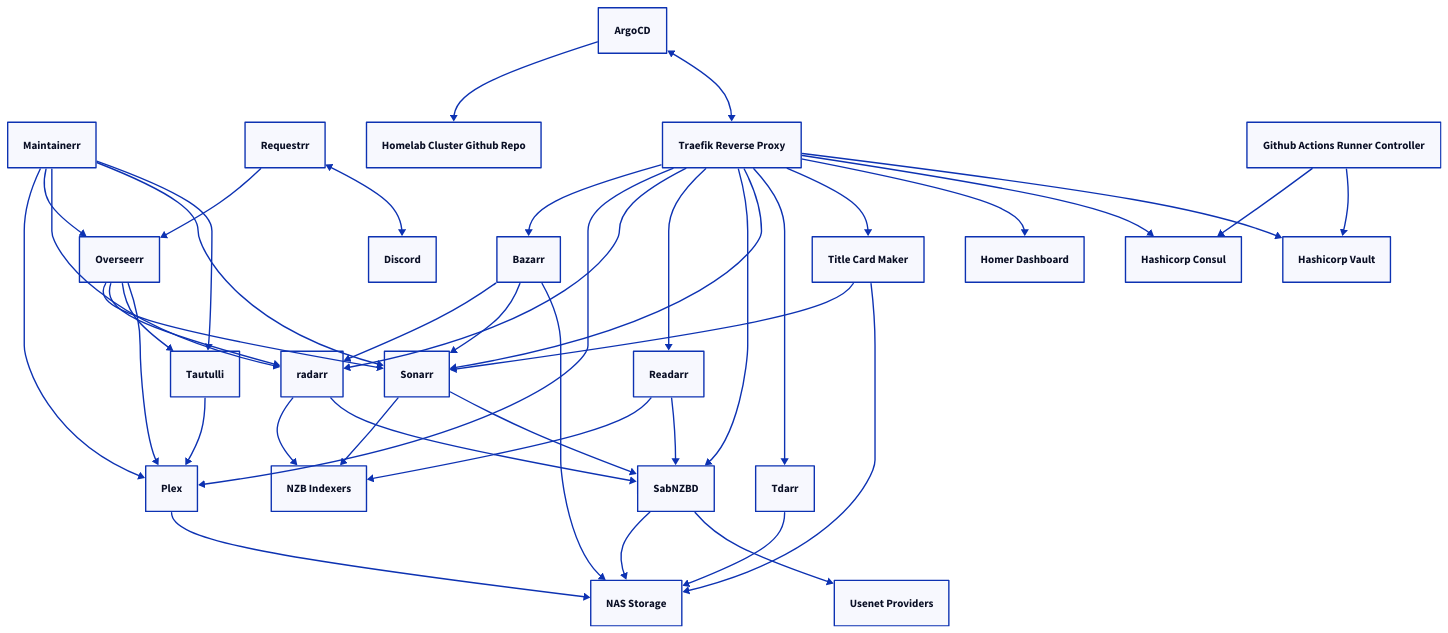
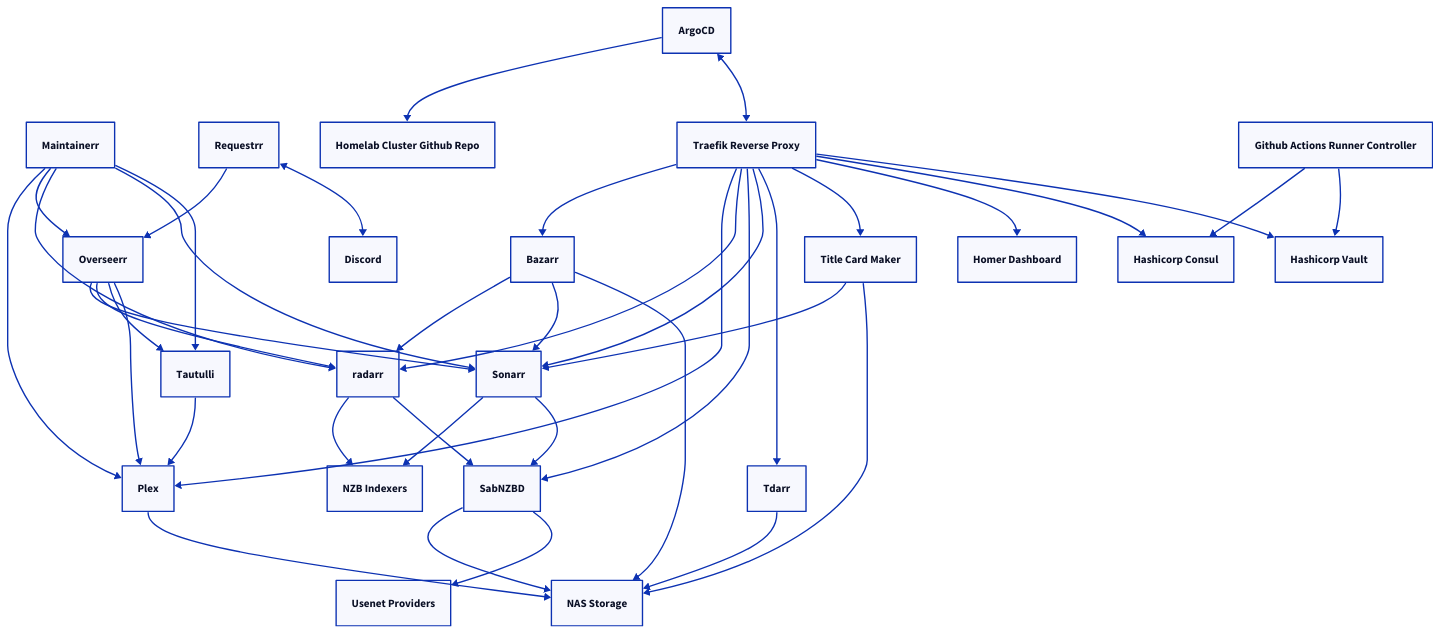
Before and after one commit to sam-bowman/homelab-cluster: the diagram in diagram/applications.d2, drawn with D2. The commit also changed 18 other files, not shown here.

```diff
--- a/diagram/applications.d2
+++ b/diagram/applications.d2
@@ -1,142 +1,136 @@
 tautulli: {
     label: "Tautulli"
 }
 plex: {
     label: "Plex"
 }
 
 tautulli -> plex
 
 nas: {
     label: "NAS Storage"
 }
 
 plex -> nas
 
 sonarr: {
     label: "Sonarr"
 }
 radarr: {
     label: "radarr"
 }
-readarr: {
-    label: "Readarr"
-}
 sabnzbd: {
     label: "SabNZBD"
 }
 usenet_providers: {
     label: "Usenet Providers"
 }
 nzb_indexers: {
     label: "NZB Indexers"
 }
 
 nzb_indexers <- sonarr
 nzb_indexers <- radarr
-nzb_indexers <- readarr
 
 sonarr -> sabnzbd
 radarr -> sabnzbd
-readarr -> sabnzbd
 
 sabnzbd -> nas
 
 usenet_providers <- sabnzbd
 
 overseerr: {
     label: "Overseerr"
 }
 
 overseerr -> sonarr
 overseerr -> radarr
 overseerr -> tautulli
 overseerr -> plex
 
 maintainerr: {
     label: "Maintainerr"
 }
 
 maintainerr -> plex
 maintainerr -> overseerr
 maintainerr -> radarr
 maintainerr -> sonarr
 maintainerr -> tautulli
 
 requestrr: {
     label: "Requestrr"
 }
 discord: {
     label: "Discord"
 }
 
 requestrr -> overseerr
 requestrr <-> discord
 
 bazarr: {
     label: "Bazarr"
 }
 
 bazarr -> radarr
 bazarr -> sonarr
 bazarr -> nas
 
 titlecardmaker: {
     label: "Title Card Maker"
 }
 
 titlecardmaker -> sonarr
 titlecardmaker -> nas
 
 tdarr: {
     label: "Tdarr"
 }
 
 tdarr -> nas
 
 homelab_cluster_github: {
     label: "Homelab Cluster Github Repo"
 }
 argocd: {
     label: "ArgoCD"
 }
 
 homelab_cluster_github <- argocd
 
 traefik: {
     label: "Traefik Reverse Proxy"
 }
 
 argocd <-> traefik
 
 traefik -> bazarr
 traefik -> plex
 traefik -> radarr
-traefik -> readarr
 traefik -> sabnzbd
 traefik -> sonarr
 traefik -> tdarr
 traefik -> titlecardmaker
 
 homer: {
     label: "Homer Dashboard"
 }
 
 traefik -> homer
 
 consul: {
     label: "Hashicorp Consul"
 }
 vault: {
     label: "Hashicorp Vault"
 }
 
 traefik -> consul
 traefik -> vault
 
 github_arc: {
     label: "Github Actions Runner Controller"
 }
 
 github_arc -> consul
 github_arc -> vault
```
